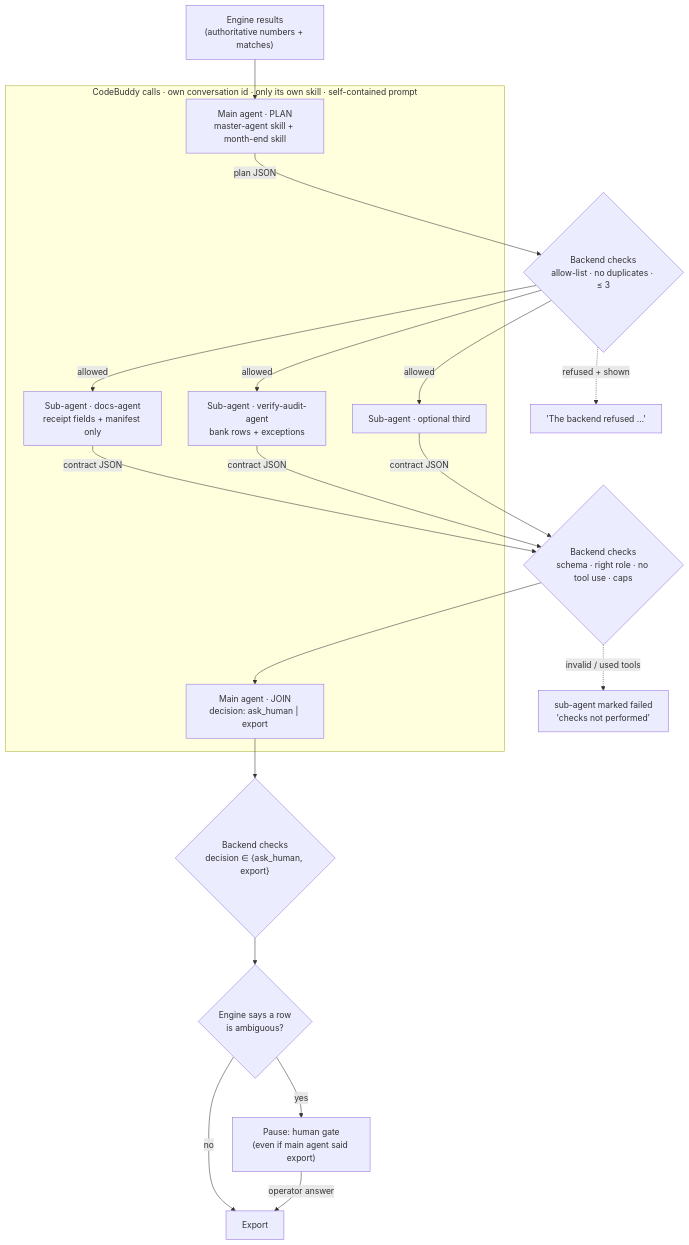
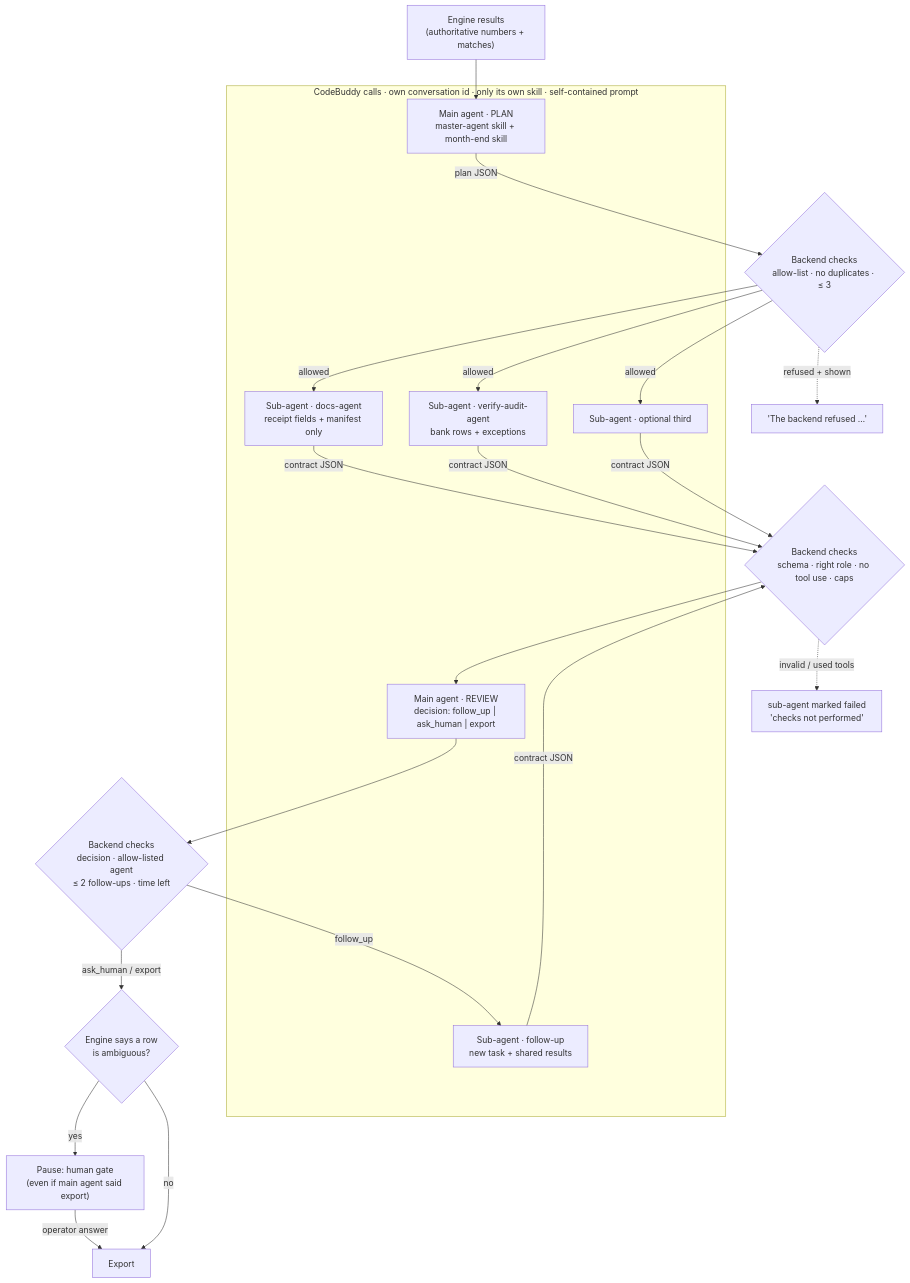
The third of 4 diagrams in docs/ARCHITECTURE.md (CheeGuo/tutupbuku), drawn with Mermaid before and after one commit. The commit also changed other lines of this file and 27 other files, not shown here.

````diff
--- a/docs/ARCHITECTURE.md
+++ b/docs/ARCHITECTURE.md
@@ -100,24 +104,27 @@
 ```mermaid
 flowchart TD
     E["Engine results<br/>(authoritative numbers + matches)"] --> P
 
     subgraph Agents["CodeBuddy calls · own conversation id · only its own skill · self-contained prompt"]
         P["Main agent · PLAN<br/>master-agent skill + month-end skill"]
         S1["Sub-agent · docs-agent<br/>receipt fields + manifest only"]
         S2["Sub-agent · verify-audit-agent<br/>bank rows + exceptions"]
         S3["Sub-agent · optional third"]
-        J["Main agent · JOIN<br/>decision: ask_human | export"]
+        J["Main agent · REVIEW<br/>decision: follow_up | ask_human | export"]
+        F["Sub-agent · follow-up<br/>new task + shared results"]
     end
 
     P -->|"plan JSON"| C1{"Backend checks<br/>allow-list · no duplicates · ≤ 3"}
     C1 -->|allowed| S1 & S2 & S3
     C1 -.->|refused + shown| X1["'The backend refused …'"]
     S1 & S2 & S3 -->|"contract JSON"| C2{"Backend checks<br/>schema · right role · no tool use · caps"}
     C2 -.->|invalid / used tools| X2["sub-agent marked failed<br/>'checks not performed'"]
     C2 --> J
-    J --> C3{"Backend checks<br/>decision ∈ {ask_human, export}"}
-    C3 --> G{"Engine says a row<br/>is ambiguous?"}
+    J --> C3{"Backend checks<br/>decision · allow-listed agent<br/>≤ 2 follow-ups · time left"}
+    C3 -->|follow_up| F
+    F -->|"contract JSON"| C2
+    C3 -->|ask_human / export| G{"Engine says a row<br/>is ambiguous?"}
     G -->|yes| H["Pause: human gate<br/>(even if main agent said export)"]
     G -->|no| X["Export"]
     H -->|operator answer| X
 ```
````
